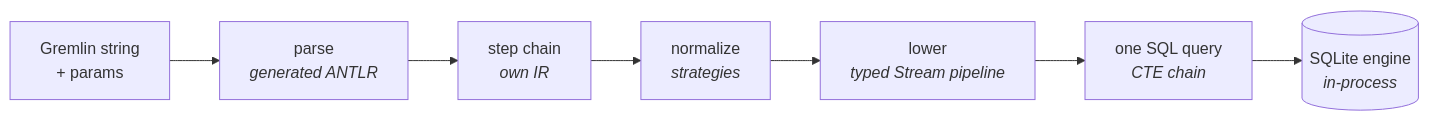
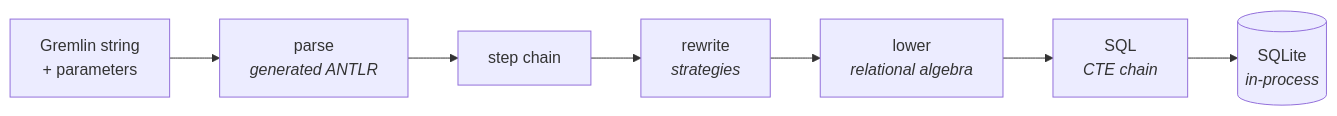
The diagram in README.md (bodar/mogwai-db), drawn with Mermaid before and after one commit. The commit also changed other lines of this file and 6 other files, not shown here.

````diff
--- a/README.md
+++ b/README.md
@@ -37,9 +81,9 @@
 ```mermaid
 flowchart LR
-  G["Gremlin string<br/>+ params"] --> P["parse<br/><i>generated ANTLR</i>"]
-  P --> IR["step chain<br/><i>own IR</i>"]
-  IR --> N["normalize<br/><i>strategies</i>"]
-  N --> L["lower<br/><i>typed Stream pipeline</i>"]
-  L --> Q["one SQL query<br/><i>CTE chain</i>"]
-  Q --> DB[("SQLite engine<br/><i>in-process</i>")]
+  G["Gremlin string<br/>+ parameters"] --> P["parse<br/><i>generated ANTLR</i>"]
+  P --> IR["step chain"]
+  IR --> N["rewrite<br/><i>strategies</i>"]
+  N --> L["lower<br/><i>relational algebra</i>"]
+  L --> Q["SQL<br/><i>CTE chain</i>"]
+  Q --> DB[("SQLite<br/><i>in-process</i>")]
 ```
````
